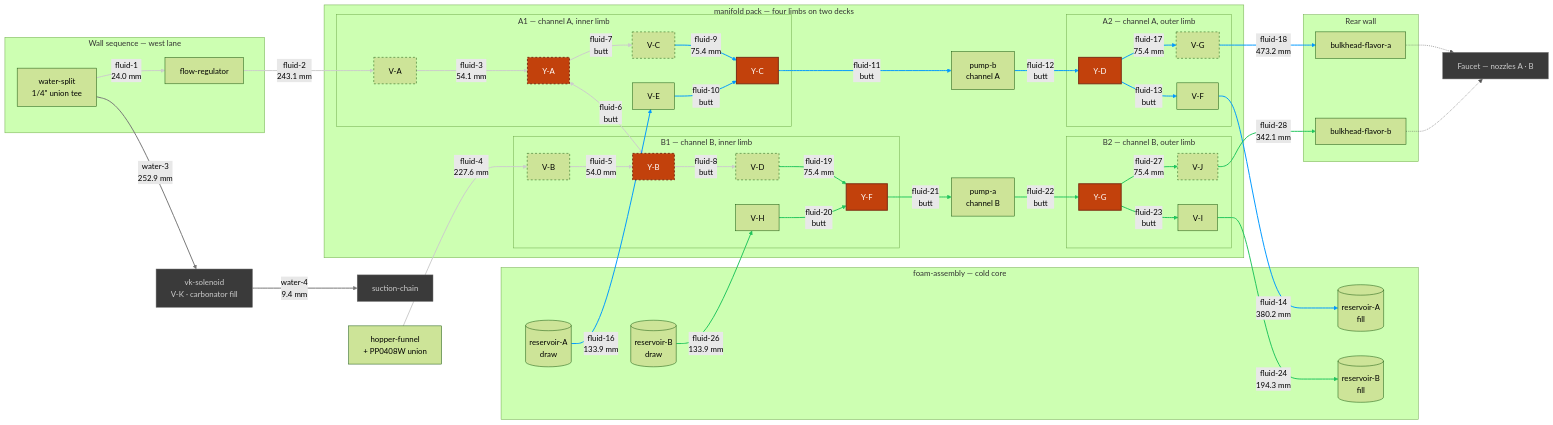
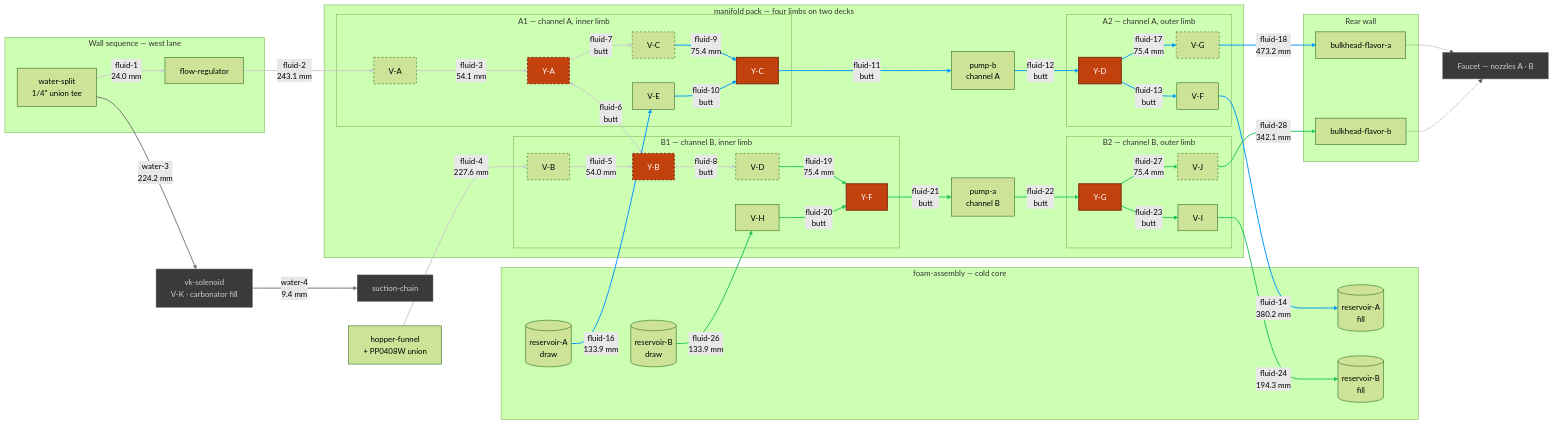
One commit to derekbreden/homesodamachine changed the diagram in hardware/topology/fluid-topology-manifold.mmd. Above: the diagram before and after it, drawn with Mermaid (forest theme). The commit also changed 9 other files, not shown here.

```diff
--- a/hardware/topology/fluid-topology-manifold.mmd
+++ b/hardware/topology/fluid-topology-manifold.mmd
@@ -165,7 +165,7 @@
   %% V-K gates the carbonator fill off the same split fluid-1 leaves. It stands on the cold core's
   %% crown, east of the SeaFlo, and water-3 is the one run in the assembly that crosses the whole
   %% machine — the split is in the west lane, V-K is on the east, and its inlet faces forward.
-  Split -->|"water-3<br/>252.9 mm"| VK
+  Split -->|"water-3<br/>224.2 mm"| VK
   VK -->|"water-4<br/>9.4 mm"| SuctChain
 
   %% =========================
```
